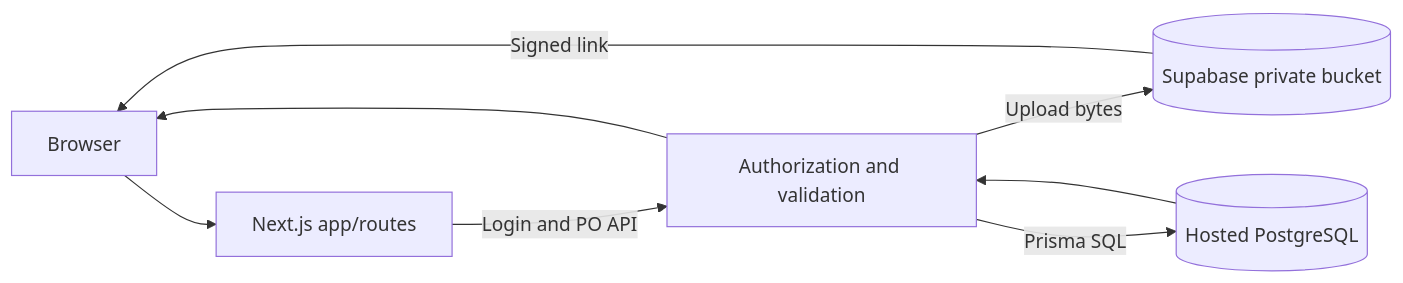
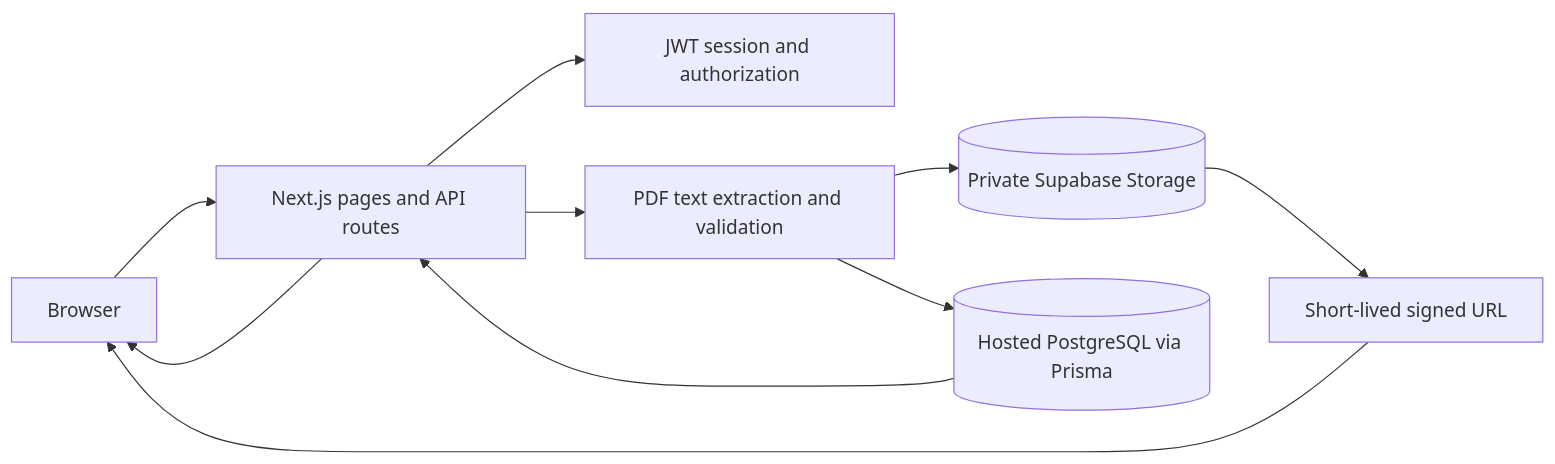
The diagram in README.md (webmasaster/FDE_Assignment), drawn with Mermaid before and after one commit. The commit also changed other lines of this file and 33 other files, not shown here.

First line of the commit message:
feat: implement logging, PO access control, and validation schemas

````diff
--- a/README.md
+++ b/README.md
@@ -35,10 +103,12 @@
 ```mermaid
 flowchart LR
-  U[Browser] --> N[Next.js app/routes]
-  N -->|Login and PO API| A[Authorization and validation]
-  A -->|Upload bytes| S[(Supabase private bucket)]
-  A -->|Prisma SQL| D[(Hosted PostgreSQL)]
-  D --> A
-  S -->|Signed link| U
-  A --> U
+  Browser --> Next[Next.js pages and API routes]
+  Next --> Auth[JWT session and authorization]
+  Next --> Parse[PDF text extraction and validation]
+  Parse --> Storage[(Private Supabase Storage)]
+  Parse --> DB[(Hosted PostgreSQL via Prisma)]
+  DB --> Next
+  Storage --> Signed[Short-lived signed URL]
+  Signed --> Browser
+  Next --> Browser
 ```
````
